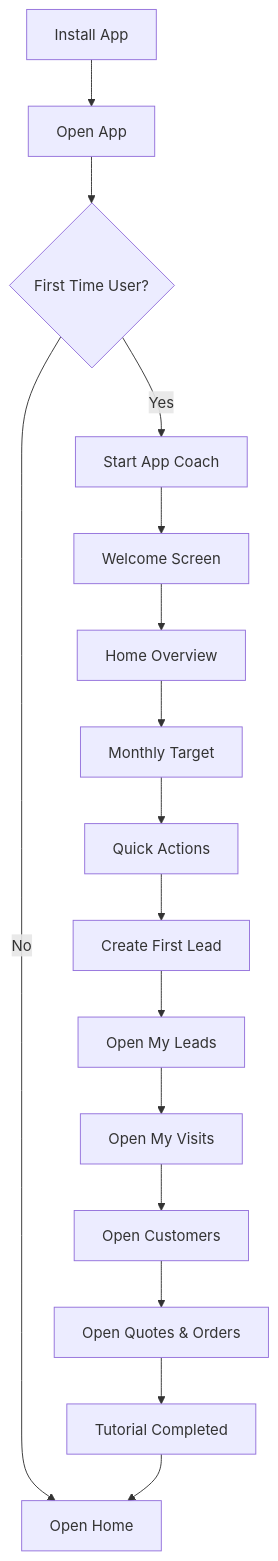
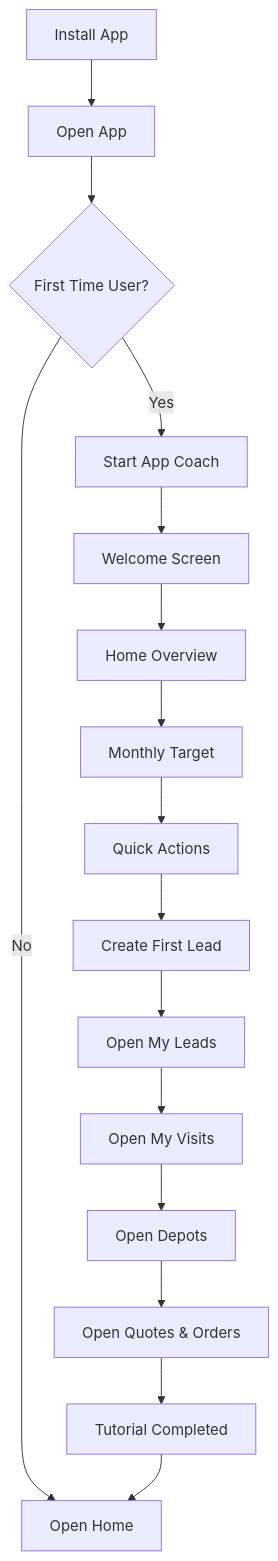
The diagram in docs/feature/app-coach/README.md (DyDev99/isi-steel-sales-mobile), drawn with Mermaid before and after one commit. The commit also changed other lines of this file and 822 other files, not shown here.

````diff
--- a/docs/feature/app-coach/README.md
+++ b/docs/feature/app-coach/README.md
@@ -24,22 +24,22 @@
 ```mermaid
 flowchart TD
 
 A[Install App] --> B[Open App]
 B --> C{First Time User?}
 
 C -->|Yes| D[Start App Coach]
 C -->|No| E[Open Home]
 
 D --> F[Welcome Screen]
 F --> G[Home Overview]
 G --> H[Monthly Target]
 H --> I[Quick Actions]
 I --> J[Create First Lead]
 J --> K[Open My Leads]
 K --> L[Open My Visits]
-L --> M[Open Customers]
+L --> M[Open Depots]
 M --> N[Open Quotes & Orders]
 N --> O[Tutorial Completed]
 
 O --> E
 ```
````
